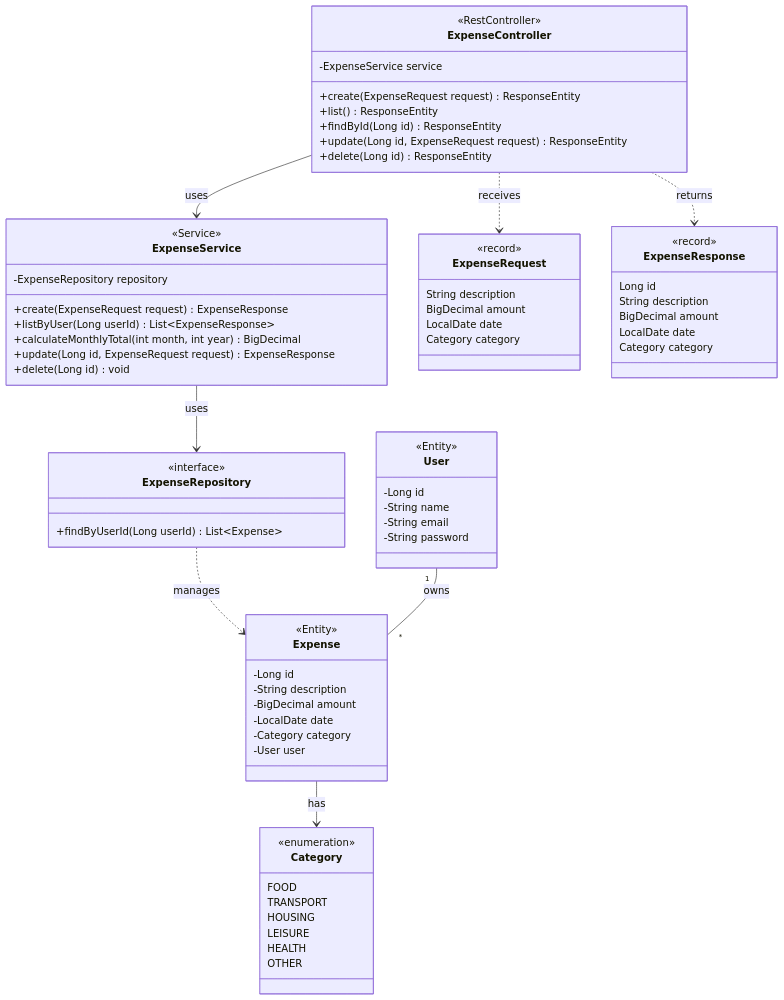
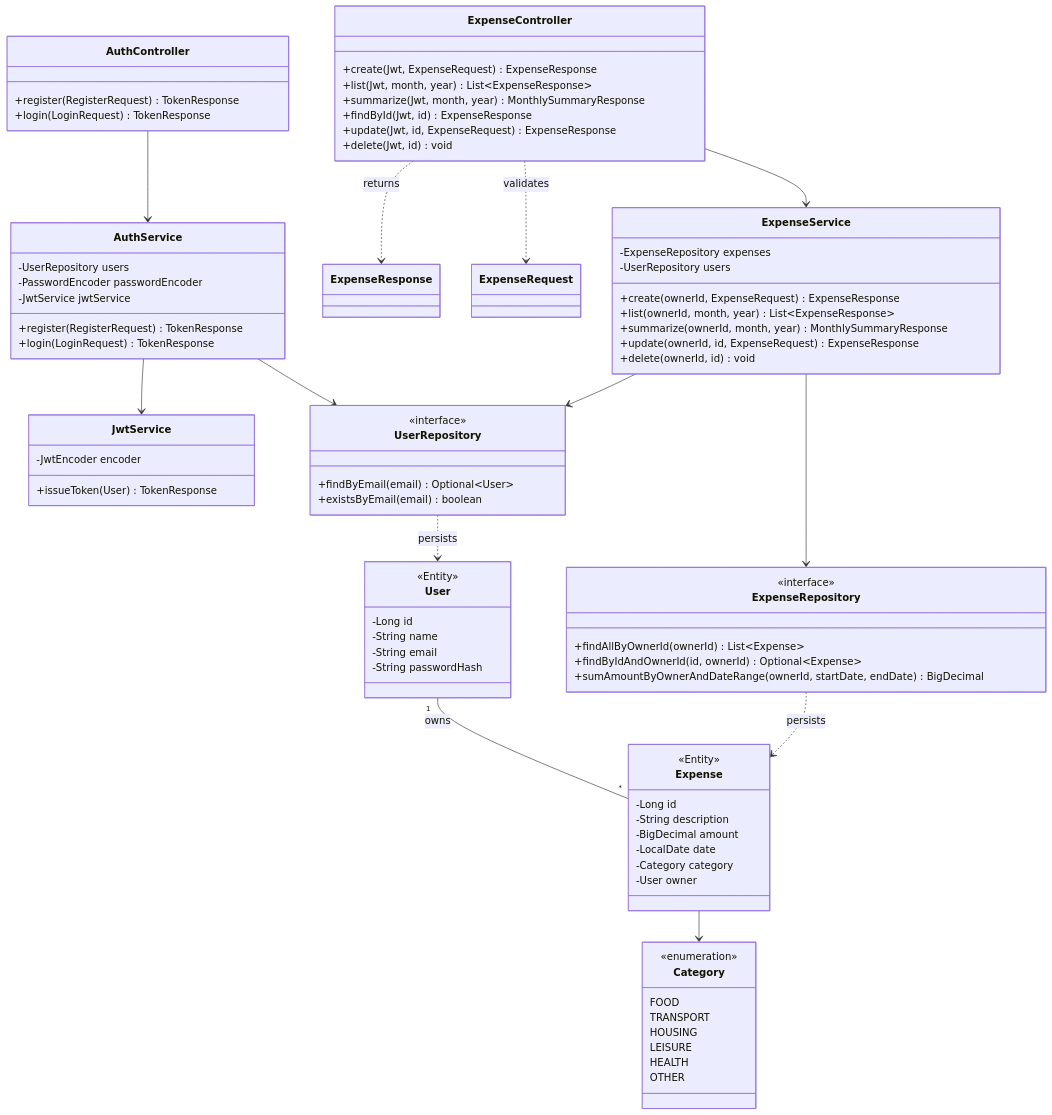
The diagram in docs/diagrams/src/v3-spring.mmd (Gxstein/expense-tracker-java), drawn with Mermaid before and after one commit.

Commit message:
docs: align Spring API diagram with implementation

```diff
--- a/docs/diagrams/src/v3-spring.mmd
+++ b/docs/diagrams/src/v3-spring.mmd
@@ -1,70 +1,81 @@
 classDiagram
+    class AuthController {
+        +register(RegisterRequest) TokenResponse
+        +login(LoginRequest) TokenResponse
+    }
+    class AuthService {
+        -UserRepository users
+        -PasswordEncoder passwordEncoder
+        -JwtService jwtService
+        +register(RegisterRequest) TokenResponse
+        +login(LoginRequest) TokenResponse
+    }
+    class JwtService {
+        -JwtEncoder encoder
+        +issueToken(User) TokenResponse
+    }
     class ExpenseController {
-        <<RestController>>
-        -ExpenseService service
-        +create(ExpenseRequest request) ResponseEntity
-        +list() ResponseEntity
-        +findById(Long id) ResponseEntity
-        +update(Long id, ExpenseRequest request) ResponseEntity
-        +delete(Long id) ResponseEntity
+        +create(Jwt, ExpenseRequest) ExpenseResponse
+        +list(Jwt, month, year) List~ExpenseResponse~
+        +summarize(Jwt, month, year) MonthlySummaryResponse
+        +findById(Jwt, id) ExpenseResponse
+        +update(Jwt, id, ExpenseRequest) ExpenseResponse
+        +delete(Jwt, id) void
     }
     class ExpenseService {
-        <<Service>>
-        -ExpenseRepository repository
-        +create(ExpenseRequest request) ExpenseResponse
-        +listByUser(Long userId) List~ExpenseResponse~
-        +calculateMonthlyTotal(int month, int year) BigDecimal
-        +update(Long id, ExpenseRequest request) ExpenseResponse
-        +delete(Long id) void
-    }
-    class ExpenseRequest {
-        <<record>>
-        String description
-        BigDecimal amount
-        LocalDate date
-        Category category
-    }
-    class ExpenseResponse {
-        <<record>>
-        Long id
-        String description
-        BigDecimal amount
-        LocalDate date
-        Category category
+        -ExpenseRepository expenses
+        -UserRepository users
+        +create(ownerId, ExpenseRequest) ExpenseResponse
+        +list(ownerId, month, year) List~ExpenseResponse~
+        +summarize(ownerId, month, year) MonthlySummaryResponse
+        +update(ownerId, id, ExpenseRequest) ExpenseResponse
+        +delete(ownerId, id) void
     }
     class ExpenseRepository {
         <<interface>>
-        +findByUserId(Long userId) List~Expense~
+        +findAllByOwnerId(ownerId) List~Expense~
+        +findByIdAndOwnerId(id, ownerId) Optional~Expense~
+        +sumAmountByOwnerAndDateRange(ownerId, startDate, endDate) BigDecimal
+    }
+    class UserRepository {
+        <<interface>>
+        +findByEmail(email) Optional~User~
+        +existsByEmail(email) boolean
     }
     class User {
         <<Entity>>
         -Long id
         -String name
         -String email
-        -String password
+        -String passwordHash
     }
     class Expense {
         <<Entity>>
         -Long id
         -String description
         -BigDecimal amount
         -LocalDate date
         -Category category
-        -User user
+        -User owner
     }
     class Category {
         <<enumeration>>
         FOOD
         TRANSPORT
         HOUSING
         LEISURE
         HEALTH
         OTHER
     }
-    ExpenseController --> ExpenseService : uses
-    ExpenseController ..> ExpenseRequest : receives
+    AuthController --> AuthService
+    AuthService --> UserRepository
+    AuthService --> JwtService
+    ExpenseController --> ExpenseService
+    ExpenseController ..> ExpenseRequest : validates
     ExpenseController ..> ExpenseResponse : returns
-    ExpenseService --> ExpenseRepository : uses
-    ExpenseRepository ..> Expense : manages
+    ExpenseService --> ExpenseRepository
+    ExpenseService --> UserRepository
+    UserRepository ..> User : persists
+    ExpenseRepository ..> Expense : persists
     User "1" -- "*" Expense : owns
-    Expense --> Category : has
+    Expense --> Category
```
